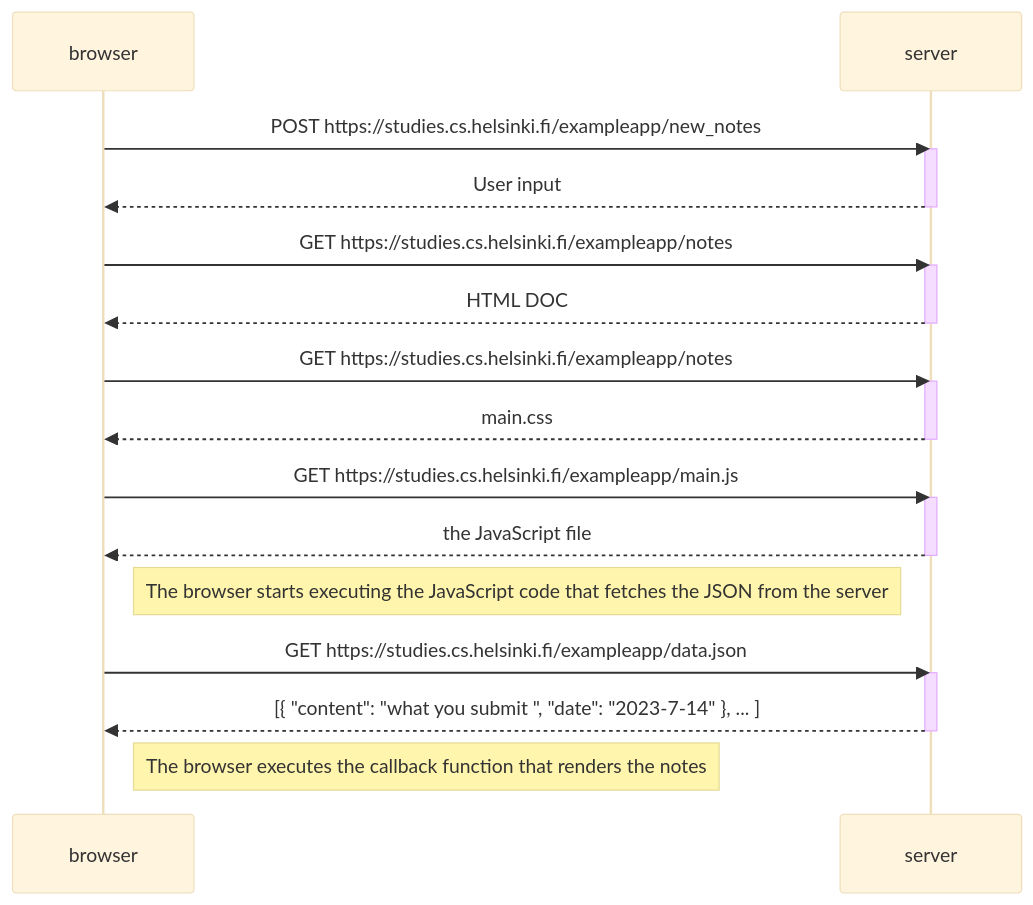
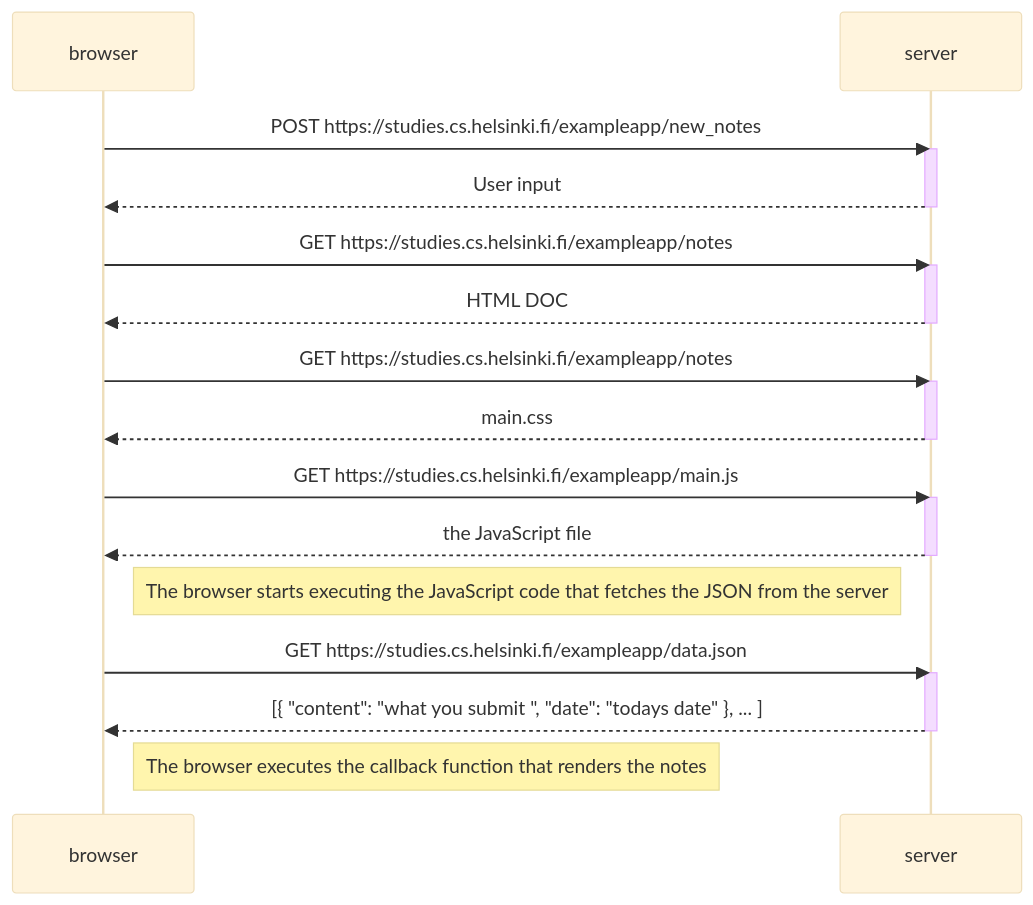
The diagram in part0/new_note.md (adumansr/full-stack-open), drawn with Mermaid (base theme) before and after one commit.

Commit message:
edited date

````diff
--- a/part0/new_note.md
+++ b/part0/new_note.md
@@ -1,34 +1,34 @@
 ```mermaid
 sequenceDiagram
     participant browser
     participant server
 
     browser->>server: POST https://studies.cs.helsinki.fi/exampleapp/new_notes
     activate server
     server-->>browser: User input
     deactivate server
 
     browser->>server: GET https://studies.cs.helsinki.fi/exampleapp/notes
     activate server
     server-->>browser: HTML DOC
     deactivate server
 
     browser->>server: GET https://studies.cs.helsinki.fi/exampleapp/notes
     activate server
     server-->>browser: main.css
     deactivate server
 
     browser->>server: GET https://studies.cs.helsinki.fi/exampleapp/main.js
     activate server
     server-->>browser: the JavaScript file
     deactivate server
 
     Note right of browser: The browser starts executing the JavaScript code that fetches the JSON from the server
 
     browser->>server: GET https://studies.cs.helsinki.fi/exampleapp/data.json
     activate server
-    server-->>browser: [{ "content": "what you submit ", "date": "2023-7-14" }, ... ]
+    server-->>browser: [{ "content": "what you submit ", "date": "todays date" }, ... ]
     deactivate server
 
     Note right of browser: The browser executes the callback function that renders the notes
 ```
````
